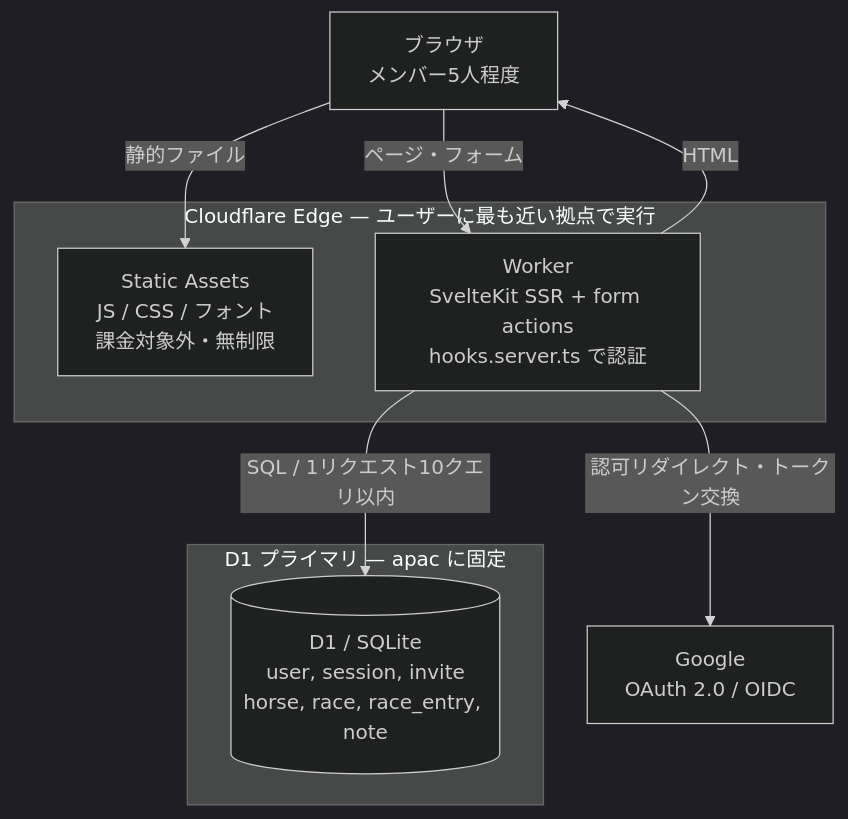
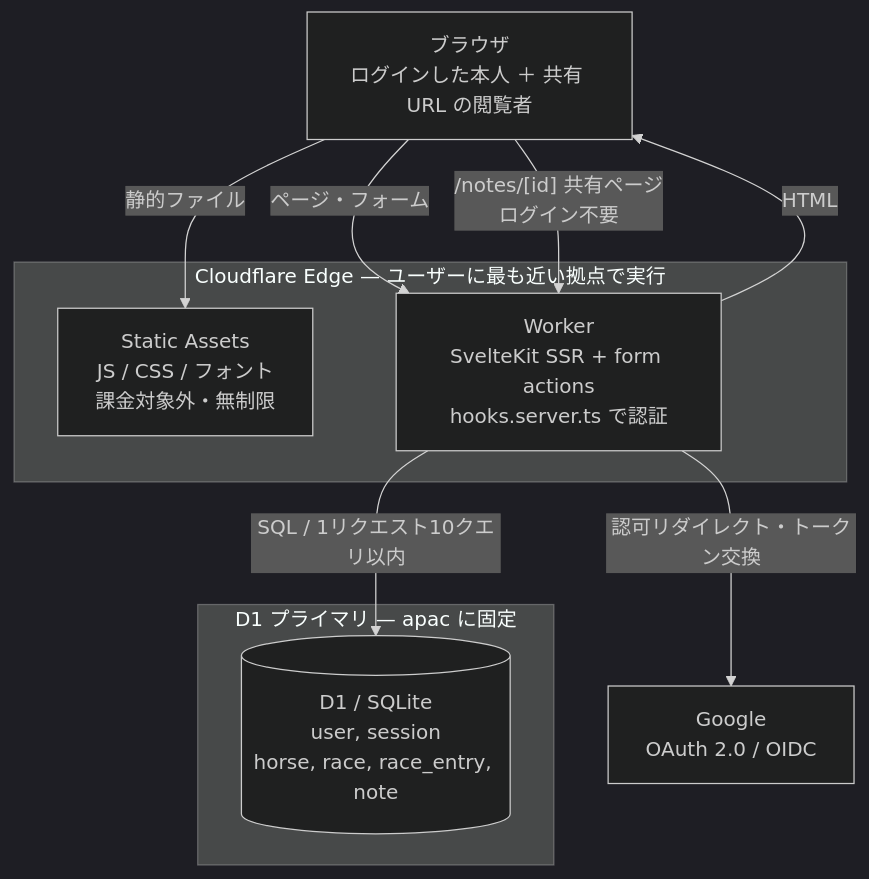
One commit to Atoyr/keiba-note changed the first of 10 diagrams in docs/architecture.md. Above: the diagram before and after it, drawn with Mermaid (dark theme). The commit also changed other lines of this file and 3 other files, not shown here.

````diff
--- a/docs/architecture.md
+++ b/docs/architecture.md
@@ -16,21 +17,22 @@
 ```mermaid
 flowchart TB
-    U["ブラウザ<br/>メンバー5人程度"]
+    U["ブラウザ<br/>ログインした本人 ＋ 共有 URL の閲覧者"]
 
     subgraph CF["Cloudflare Edge — ユーザーに最も近い拠点で実行"]
         A["Static Assets<br/>JS / CSS / フォント<br/>課金対象外・無制限"]
         W["Worker<br/>SvelteKit SSR + form actions<br/>hooks.server.ts で認証"]
     end
 
     subgraph APAC["D1 プライマリ — apac に固定"]
-        D[("D1 / SQLite<br/>user, session, invite<br/>horse, race, race_entry, note")]
+        D[("D1 / SQLite<br/>user, session<br/>horse, race, race_entry, note")]
     end
 
     G["Google<br/>OAuth 2.0 / OIDC"]
 
     U -->|"静的ファイル"| A
     U -->|"ページ・フォーム"| W
+    U -->|"/notes/[id] 共有ページ<br/>ログイン不要"| W
     W -->|"SQL / 1リクエスト10クエリ以内"| D
     W -->|"認可リダイレクト・トークン交換"| G
     W -->|"HTML"| U
 ```
````
